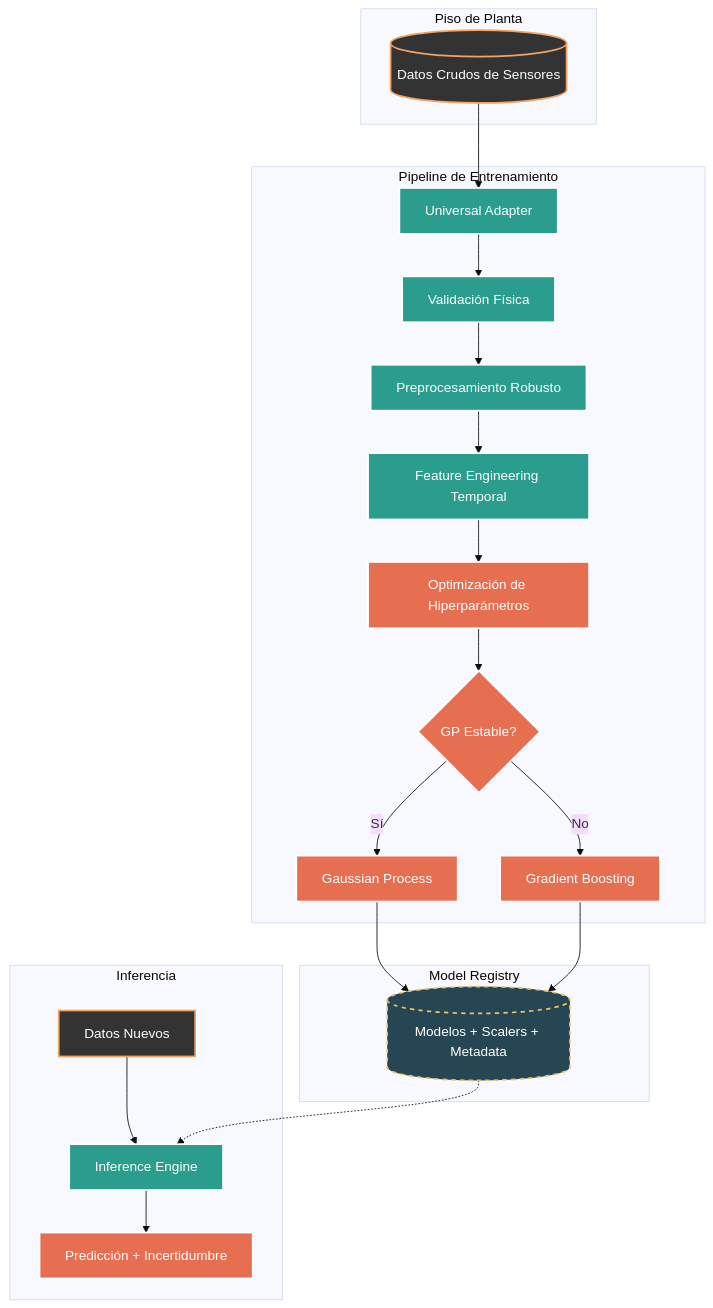
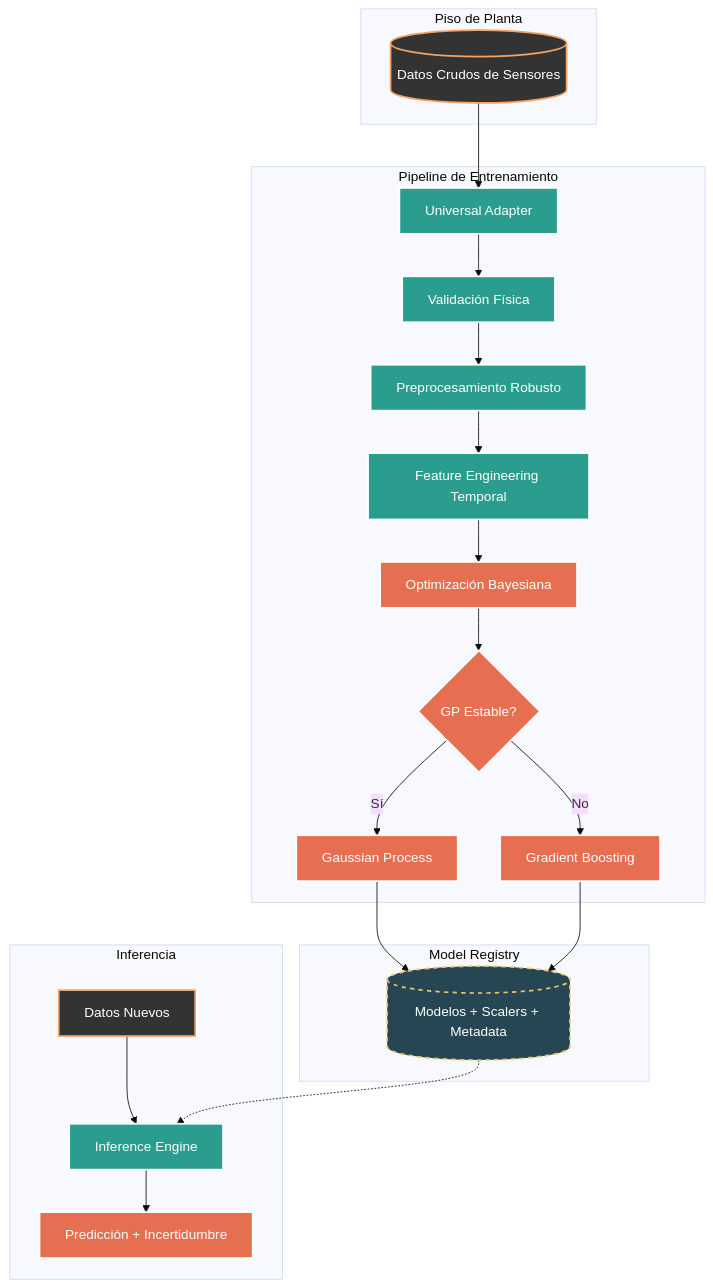
The diagram in README.md (CienciaEstelar/proyecto_minero_4.0), drawn with Mermaid (base theme) before and after one commit. The commit also changed other lines of this file, not shown here.

````diff
--- a/README.md
+++ b/README.md
@@ -49,34 +51,33 @@
 ```mermaid
 graph TD
     classDef data fill:#333,stroke:#f4a261,stroke-width:2px,color:white;
     classDef process fill:#2a9d8f,stroke:white,stroke-width:2px,color:white;
     classDef ai fill:#e76f51,stroke:white,stroke-width:2px,color:white;
     classDef storage fill:#264653,stroke:#e9c46a,stroke-width:2px,color:white,stroke-dasharray: 5 5;
 
     subgraph "Piso de Planta"
         RawData[(Datos Crudos de Sensores)]:::data
     end
 
     subgraph "Pipeline de Entrenamiento"
         RawData --> Adapter[Universal Adapter]:::process
         Adapter --> Validator[Validación Física]:::process
         Validator --> Preproc[Preprocesamiento Robusto]:::process
         Preproc --> FeatureEng[Feature Engineering Temporal]:::process
-
-        FeatureEng --> Optuna[Optimización de Hiperparámetros]:::ai
+        FeatureEng --> Optuna[Optimización Bayesiana]:::ai
         Optuna --> Decision{GP Estable?}:::ai
         Decision -- Sí --> TrainGP[Gaussian Process]:::ai
         Decision -- No --> TrainGBR[Gradient Boosting]:::ai
     end
 
     subgraph "Model Registry"
         TrainGP --> Artifacts[(Modelos + Scalers + Metadata)]:::storage
         TrainGBR --> Artifacts
     end
 
     subgraph "Inferencia"
         NewData[Datos Nuevos]:::data --> Inference[Inference Engine]:::process
         Artifacts -.-> Inference
         Inference --> Prediction[Predicción + Incertidumbre]:::ai
     end
 ```
````
